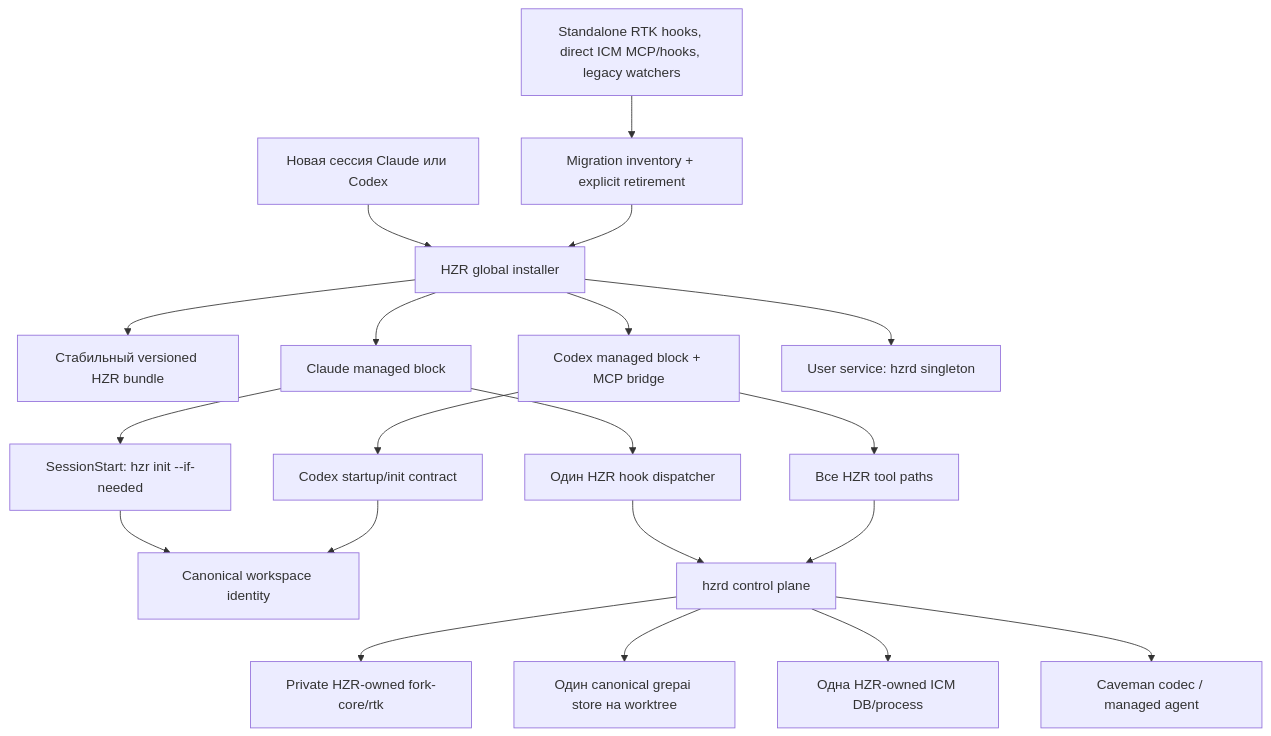
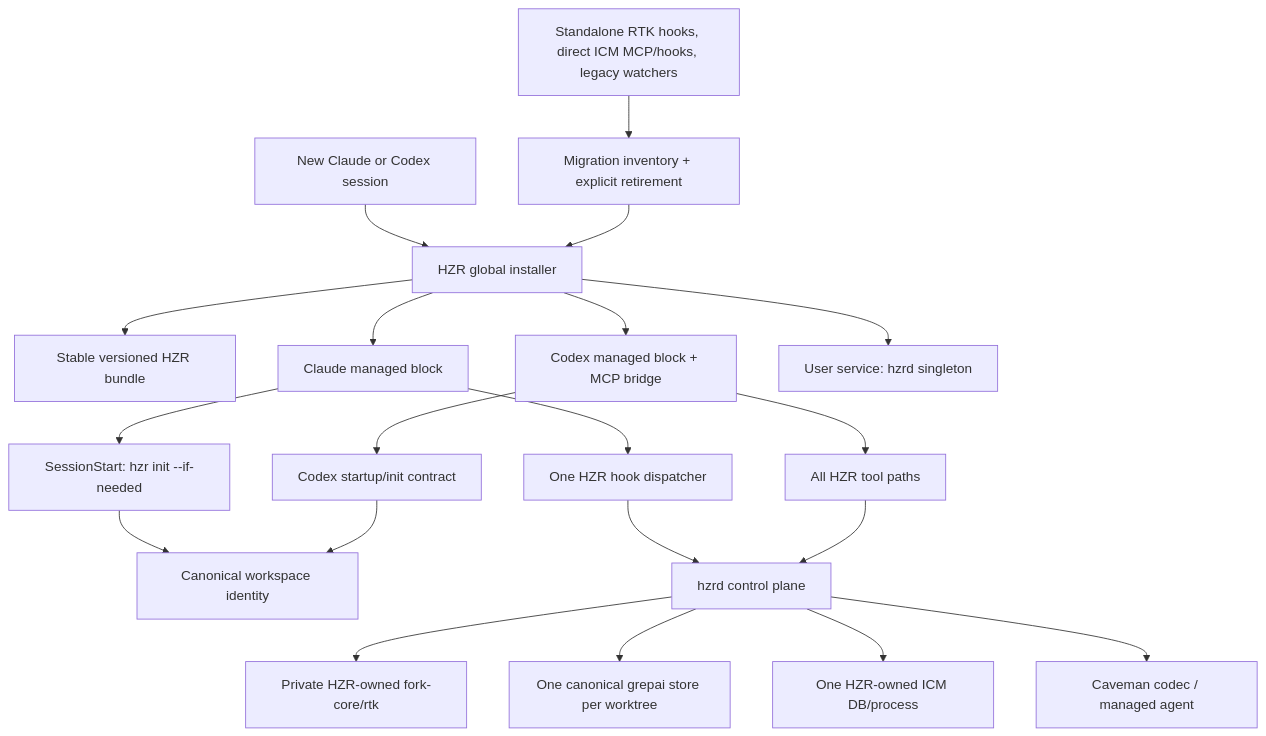
The diagram in docs/review/20260731_224733_global-adoption_Code-Review.md (heAdz0r/hzr), drawn with Mermaid before and after one commit. The commit also changed other lines of this file and 11 other files, not shown here.

````diff
--- a/docs/review/20260731_224733_global-adoption_Code-Review.md
+++ b/docs/review/20260731_224733_global-adoption_Code-Review.md
@@ -17,25 +17,25 @@
 ```mermaid
 graph TD
-    U["Новая сессия Claude или Codex"] --> I["HZR global installer"]
-    I --> B["Стабильный versioned HZR bundle"]
+    U["New Claude or Codex session"] --> I["HZR global installer"]
+    I --> B["Stable versioned HZR bundle"]
     I --> C["Claude managed block"]
     I --> X["Codex managed block + MCP bridge"]
     I --> S["User service: hzrd singleton"]
 
     C --> SS["SessionStart: hzr init --if-needed"]
-    C --> PH["Один HZR hook dispatcher"]
+    C --> PH["One HZR hook dispatcher"]
     X --> CI["Codex startup/init contract"]
-    X --> CP["Все HZR tool paths"]
+    X --> CP["All HZR tool paths"]
 
     SS --> W["Canonical workspace identity"]
     PH --> D["hzrd control plane"]
     CI --> W
     CP --> D
     D --> R["Private HZR-owned fork-core/rtk"]
-    D --> G["Один canonical grepai store на worktree"]
-    D --> M["Одна HZR-owned ICM DB/process"]
+    D --> G["One canonical grepai store per worktree"]
+    D --> M["One HZR-owned ICM DB/process"]
     D --> V["Caveman codec / managed agent"]
 
     OLD["Standalone RTK hooks, direct ICM MCP/hooks, legacy watchers"] --> Q["Migration inventory + explicit retirement"]
     Q --> I
 ```
````
